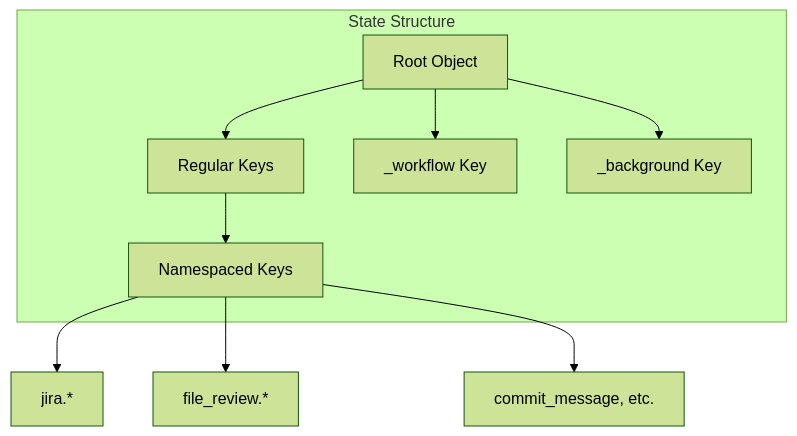
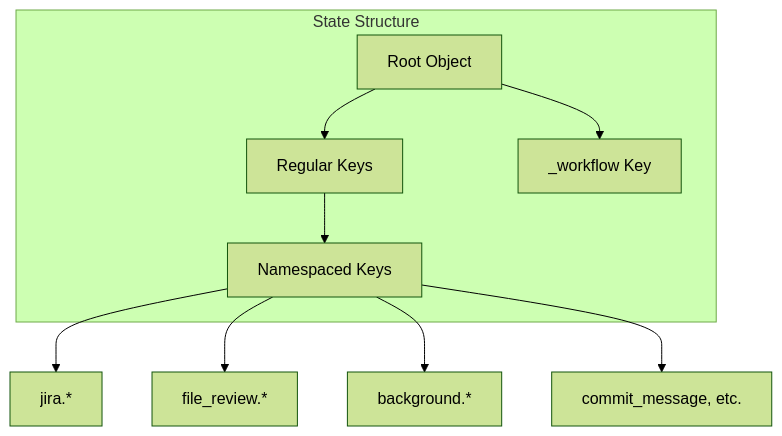
One commit to ayaiayorg/agentic-devtools changed the first of 10 diagrams in docs/08-cross-cutting-concepts.md. Above: the diagram before and after it, drawn with Mermaid (forest theme). The commit also changed other lines of this file and 8 other files, not shown here.

````diff
--- a/docs/08-cross-cutting-concepts.md
+++ b/docs/08-cross-cutting-concepts.md
@@ -9,19 +9,18 @@
 ```mermaid
 graph TB
     subgraph "State Structure"
         Root[Root Object]
         Regular[Regular Keys]
         Workflow[_workflow Key]
-        Background[_background Key]
         Namespaced[Namespaced Keys]
     end
     
     Root --> Regular
     Root --> Workflow
-    Root --> Background
     Regular --> Namespaced
     
     Namespaced --> Jira[jira.*]
     Namespaced --> FileReview[file_review.*]
+    Namespaced --> Background[background.*]
     Namespaced --> Git[commit_message, etc.]
 ```
````
